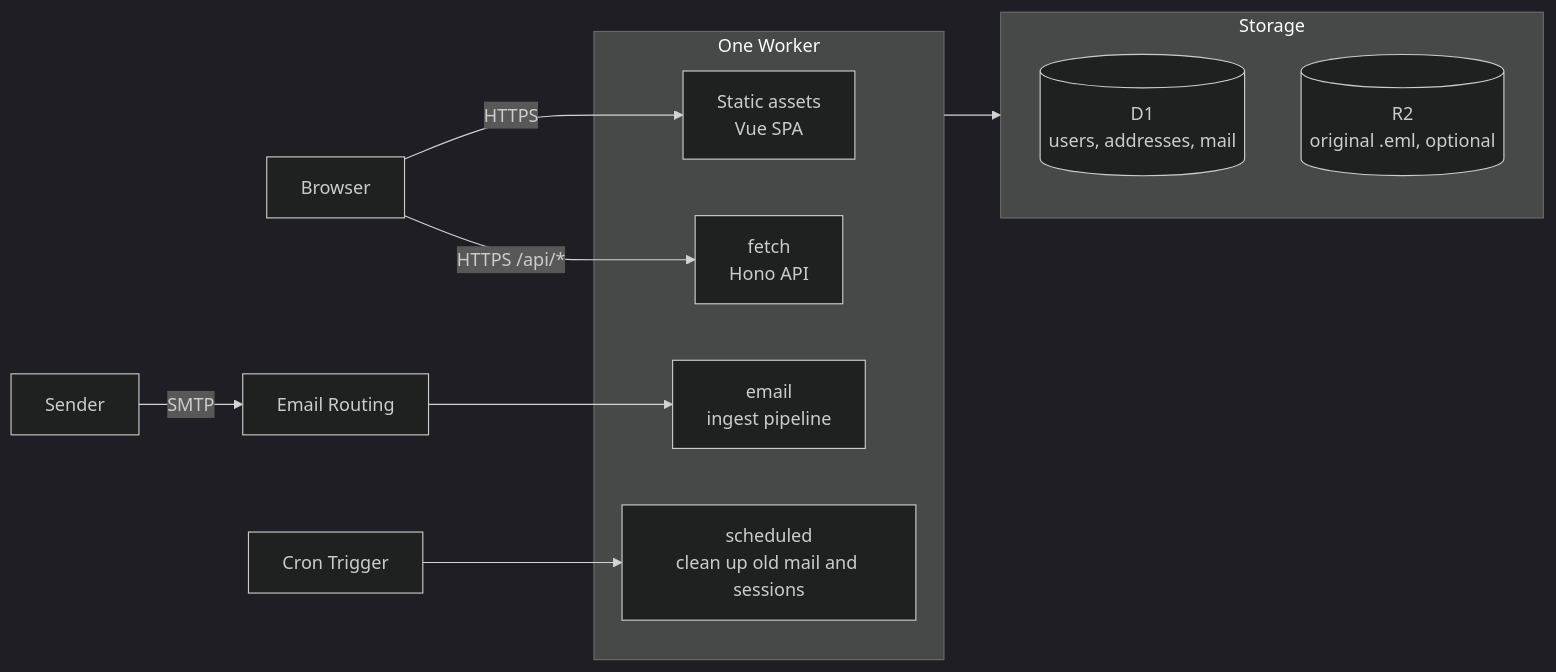
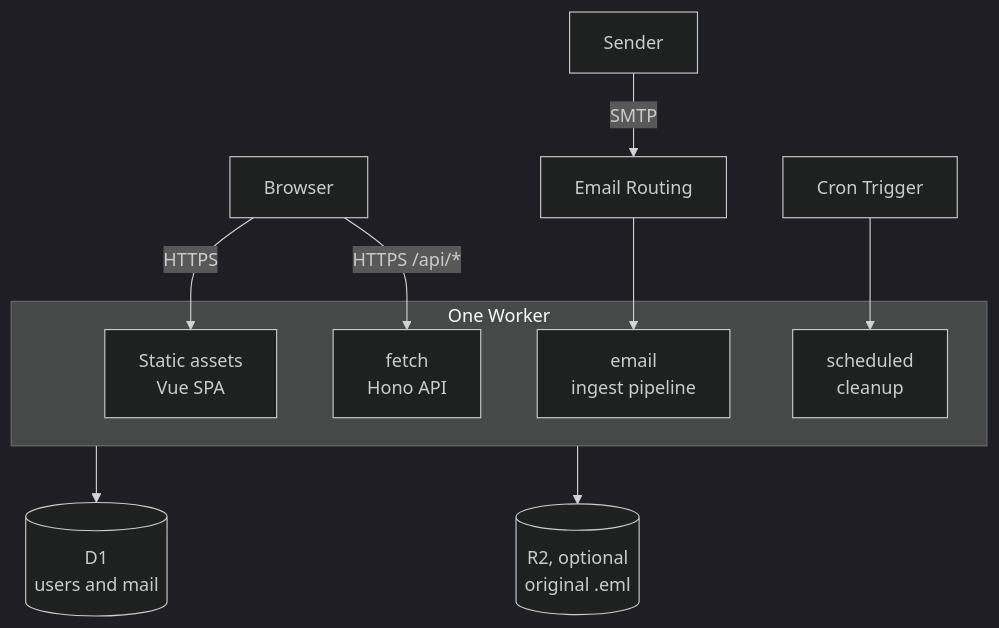
The diagram in README.en.md (ZeyuZuo/postluma), drawn with Mermaid (dark theme) before and after one commit. The commit also changed 1 other file, not shown here.

Commit message:
docs(readme): lay the diagram out top to bottom with short labels
On GitHub the left-to-right layout crossed its edges and wrapped the longer
labels: GitHub's Mermaid wraps node text at 120 px. Top to bottom, with one
short line per label and D1 and R2 linked straight from the Worker, nothing
crosses or wraps. Checked with Mermaid 11.12 at that wrapping width, light and
dark.

````diff
--- a/README.en.md
+++ b/README.en.md
@@ -79,18 +79,18 @@
 ```mermaid
-flowchart LR
+flowchart TB
+    browser["Browser"]
+    sender["Sender"] -->|SMTP| routing["Email Routing"]
+    cron["Cron Trigger"]
     subgraph worker["One Worker"]
         assets["Static assets<br>Vue SPA"]
         api["fetch<br>Hono API"]
         email["email<br>ingest pipeline"]
-        scheduled["scheduled<br>clean up old mail and sessions"]
+        scheduled["scheduled<br>cleanup"]
     end
-    subgraph storage["Storage"]
-        d1[("D1<br>users, addresses, mail")]
-        r2[("R2<br>original .eml, optional")]
-    end
-    browser["Browser"] -->|HTTPS| assets
+    browser -->|HTTPS| assets
     browser -->|"HTTPS /api/*"| api
-    sender["Sender"] -->|SMTP| routing["Email Routing"] --> email
-    cron["Cron Trigger"] --> scheduled
-    worker --> storage
+    routing --> email
+    cron --> scheduled
+    worker --> d1[("D1<br>users and mail")]
+    worker --> r2[("R2, optional<br>original .eml")]
 ```
````
